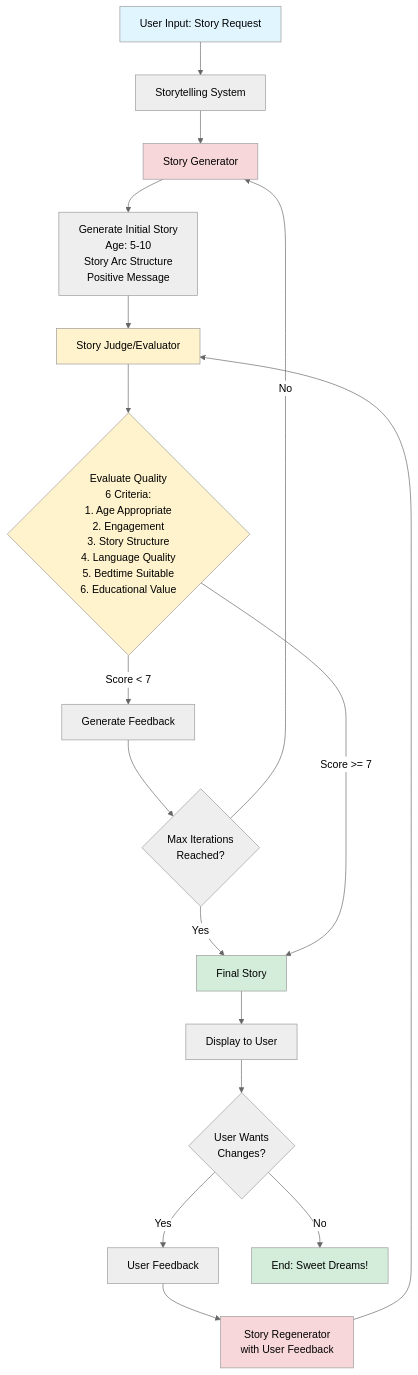
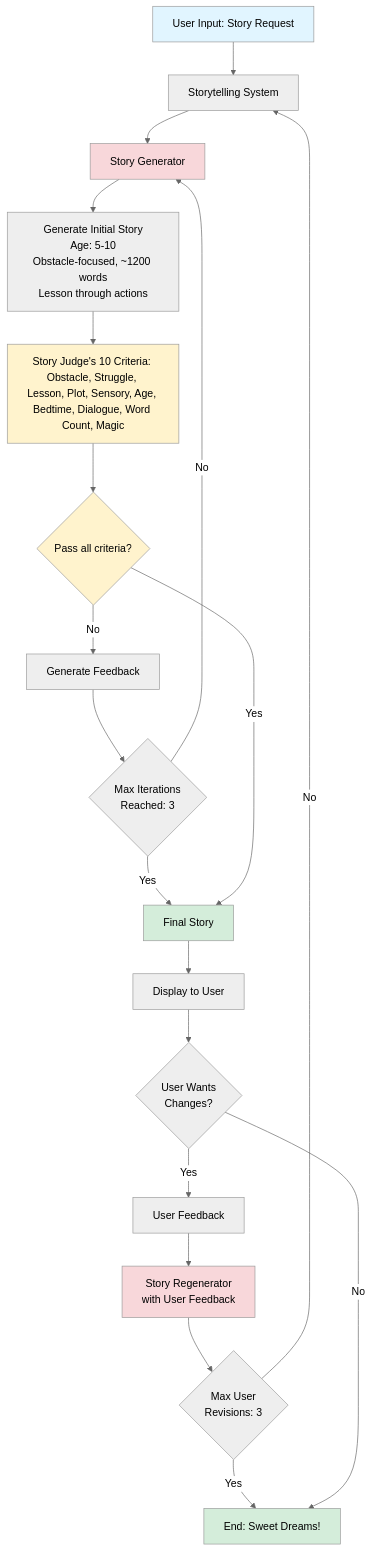
Before and after one commit to buvanipai/hippocratic-storyteller: the diagram in system_diagram.mermaid, drawn with Mermaid (neutral theme).

Commit message:
Made the chart better

```diff
--- a/system_diagram.mermaid
+++ b/system_diagram.mermaid
@@ -1,32 +1,34 @@
 graph TD
     A[User Input: Story Request] --> B[Storytelling System]
     
     B --> C[Story Generator]
-    C --> D[Generate Initial Story<br/>Age: 5-10<br/>Story Arc Structure<br/>Positive Message]
+    C --> D[Generate Initial Story<br/>Age: 5-10<br/>Obstacle-focused, ~1200 words<br/>Lesson through actions]
     
-    D --> E[Story Judge/Evaluator]
-    E --> F{Evaluate Quality<br/>6 Criteria:<br/>1. Age Appropriate<br/>2. Engagement<br/>3. Story Structure<br/>4. Language Quality<br/>5. Bedtime Suitable<br/>6. Educational Value}
+    D --> E[Story Judge's 10 Criteria: Obstacle, Struggle, Lesson, Plot, Sensory, Age, Bedtime, Dialogue, Word Count, Magic]
+    E --> F{Pass all criteria?}
     
-    F -->|Score < 7| G[Generate Feedback]
-    G --> H{Max Iterations<br/>Reached?}
+    F -->|No| G[Generate Feedback]
+    G --> H{Max Iterations<br/>Reached: 3}
     H -->|No| C
     H -->|Yes| I[Final Story]
     
-    F -->|Score >= 7| I
+    F -->|Yes| I
     
     I --> J[Display to User]
     J --> K{User Wants<br/>Changes?}
     
     K -->|Yes| L[User Feedback]
     L --> M[Story Regenerator<br/>with User Feedback]
-    M --> E
+    M --> N{Max User<br/>Revisions: 3}
+    N -->|No| B
+    N -->|Yes| O[End: Sweet Dreams!]
     
-    K -->|No| O[End: Sweet Dreams!]
+    K -->|No| O
     
     style A fill:#e1f5ff
     style I fill:#d4edda
     style O fill:#d4edda
     style E fill:#fff3cd
     style F fill:#fff3cd
     style C fill:#f8d7da
     style M fill:#f8d7da
```
